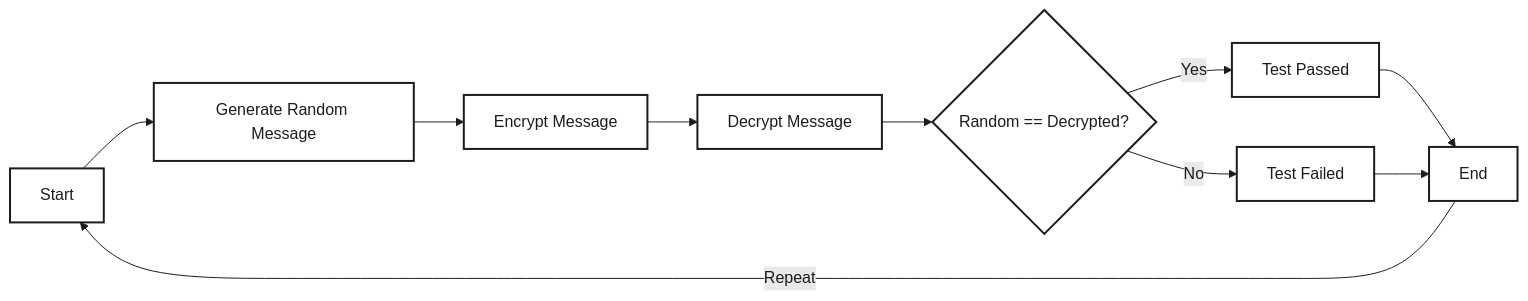
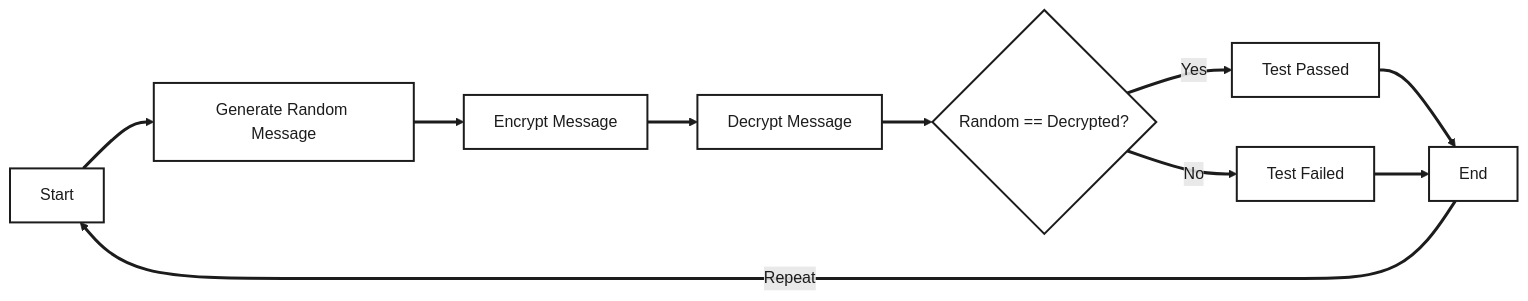
One commit to SecuritySynapse/www.securitysynapse.org changed the second of 2 diagrams in slides/weekfour/index.qmd. Above: the diagram before and after it, drawn with Mermaid.

Commit message:
fix: Make the lines a little thicker on the testing slide in the slides/weekfour/index.qmd file.

````diff
--- a/slides/weekfour/index.qmd
+++ b/slides/weekfour/index.qmd
@@ -361,21 +361,21 @@
 ```{mermaid}
 %%| echo: false
 flowchart LR
   B[Start] --> A[Generate Random Message] --> C[Encrypt Message]
   C --> D[Decrypt Message]
   D --> E{Random == Decrypted?}
   E -->|Yes| F[Test Passed]
   E -->|No| G[Test Failed]
   F --> H[End]
   G --> H
   H -->|Repeat| B
   style A fill:#fff,color:#1c1c1c,stroke:#1c1c1c,stroke-width:2px
   style B fill:#fff,color:#1c1c1c,stroke:#1c1c1c,stroke-width:2px
   style C fill:#fff,color:#1c1c1c,stroke:#1c1c1c,stroke-width:2px
   style D fill:#fff,color:#1c1c1c,stroke:#1c1c1c,stroke-width:2px
   style E fill:#fff,color:#1c1c1c,stroke:#1c1c1c,stroke-width:2px
   style F fill:#fff,color:#1c1c1c,stroke:#1c1c1c,stroke-width:2px
   style G fill:#fff,color:#1c1c1c,stroke:#1c1c1c,stroke-width:2px
   style H fill:#fff,color:#1c1c1c,stroke:#1c1c1c,stroke-width:2px
-  linkStyle 0,1,2,3,4,5,6,7,8 stroke:#1c1c1c,color:#1c1c1c
+  linkStyle 0,1,2,3,4,5,6,7,8 stroke:#1c1c1c,color:#1c1c1c,stroke-width:3px
 ```
````
